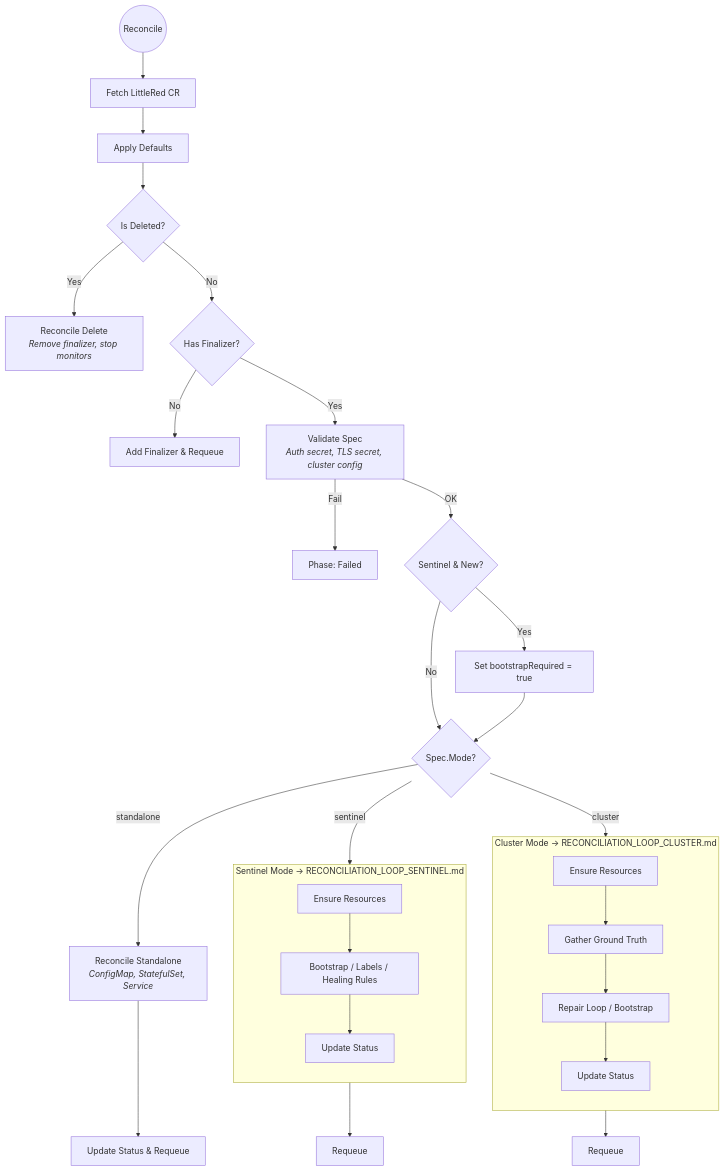
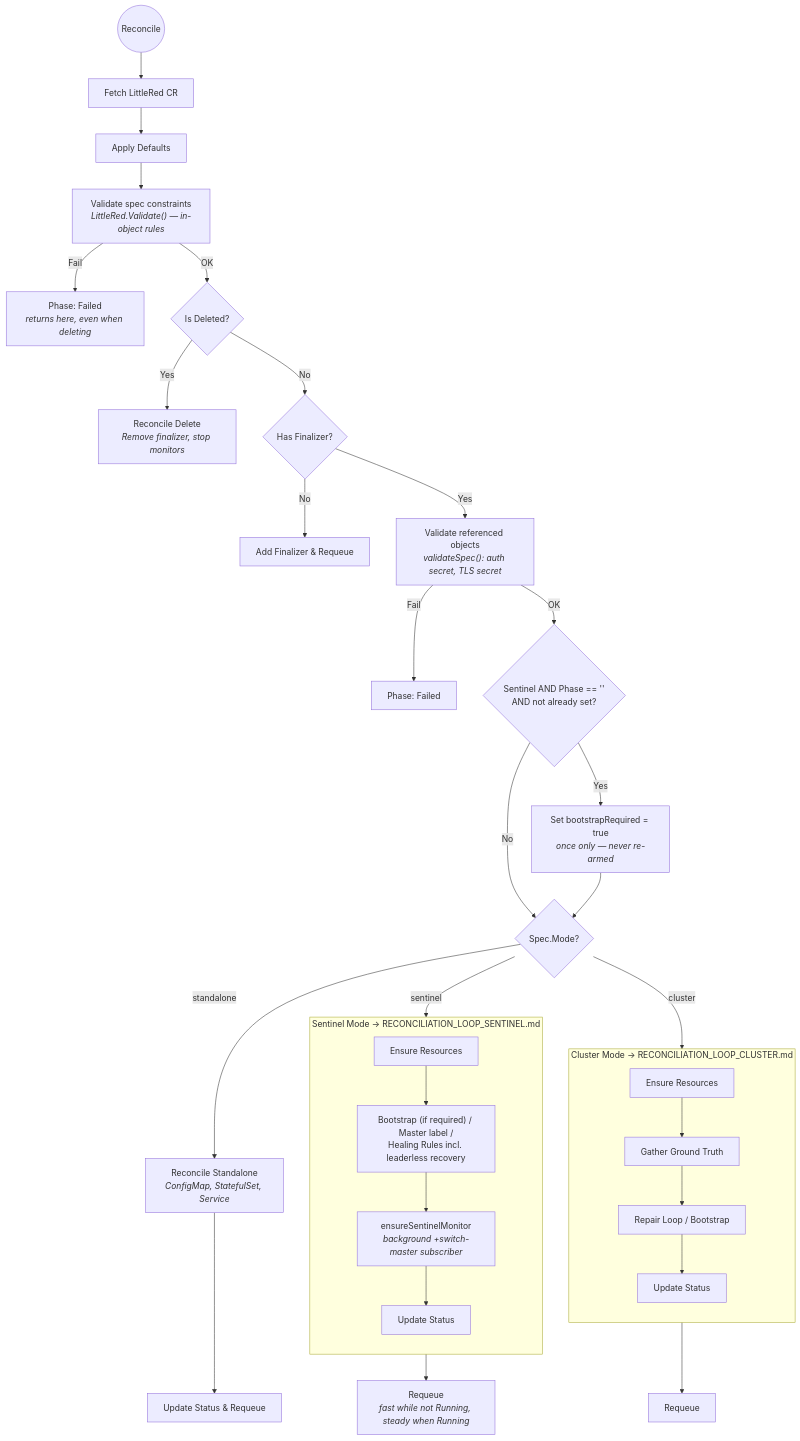
The diagram in docs/RECONCILIATION_LOOP.md (littlered-operator/littlered), drawn with Mermaid before and after one commit. The commit also changed other lines of this file, not shown here.

First paragraph of the commit message:
docs: correct the high-level loop's validation ordering and sentinel path
Verified against the code from the sentinel side. Three corrections.

````diff
--- a/docs/RECONCILIATION_LOOP.md
+++ b/docs/RECONCILIATION_LOOP.md
@@ -8,48 +23,52 @@
 ```mermaid
 graph TD
     Start((Reconcile)) --> FetchCR[Fetch LittleRed CR]
     FetchCR --> ApplyDefaults[Apply Defaults]
-    ApplyDefaults --> IsDeleted{Is Deleted?}
+    ApplyDefaults --> ValidateEarly["Validate spec constraints<br/><i>LittleRed.Validate() — in-object rules</i>"]
+
+    ValidateEarly -- Fail --> SetFailedEarly["Phase: Failed<br/><i>returns here, even when deleting</i>"]
+    ValidateEarly -- OK --> IsDeleted{Is Deleted?}
 
     IsDeleted -- Yes --> Cleanup["Reconcile Delete<br/><i>Remove finalizer, stop monitors</i>"]
     IsDeleted -- No --> HasFinalizer{Has Finalizer?}
 
     HasFinalizer -- No --> AddFinalizer[Add Finalizer & Requeue]
-    HasFinalizer -- Yes --> Validate[Validate Spec<br/><i>Auth secret, TLS secret, cluster config</i>]
+    HasFinalizer -- Yes --> Validate["Validate referenced objects<br/><i>validateSpec(): auth secret, TLS secret</i>"]
 
     Validate -- Fail --> SetFailed[Phase: Failed]
-    Validate -- OK --> InitBootstrap{Sentinel & New?}
+    Validate -- OK --> InitBootstrap{"Sentinel AND Phase == ''<br/>AND not already set?"}
 
-    InitBootstrap -- Yes --> SetBootstrap[Set bootstrapRequired = true]
+    InitBootstrap -- Yes --> SetBootstrap["Set bootstrapRequired = true<br/><i>once only — never re-armed</i>"]
     InitBootstrap -- No --> ModeSwitch
     SetBootstrap --> ModeSwitch{Spec.Mode?}
 
     %% Standalone
     ModeSwitch -- standalone --> StandaloneFlow["Reconcile Standalone<br/><i>ConfigMap, StatefulSet, Service</i>"]
     StandaloneFlow --> StandaloneStatus["Update Status & Requeue"]
 
     %% Sentinel
     ModeSwitch -- sentinel --> SentinelBox
 
     subgraph SentinelBox ["Sentinel Mode  → RECONCILIATION_LOOP_SENTINEL.md"]
         direction TB
         SentinelRes["Ensure Resources"]
-        SentinelRes --> SentinelBoot["Bootstrap / Labels / Healing Rules"]
-        SentinelBoot --> SentinelStatus["Update Status"]
+        SentinelRes --> SentinelBoot["Bootstrap (if required) / Master label /<br/>Healing Rules incl. leaderless recovery"]
+        SentinelBoot --> SentinelMon["ensureSentinelMonitor<br/><i>background +switch-master subscriber</i>"]
+        SentinelMon --> SentinelStatus["Update Status"]
     end
 
-    SentinelBox --> SentinelRequeue["Requeue"]
+    SentinelBox --> SentinelRequeue["Requeue<br/><i>fast while not Running, steady when Running</i>"]
 
     %% Cluster
     ModeSwitch -- cluster --> ClusterBox
 
     subgraph ClusterBox ["Cluster Mode  → RECONCILIATION_LOOP_CLUSTER.md"]
         direction TB
         ClusterRes["Ensure Resources"]
         ClusterRes --> ClusterGT["Gather Ground Truth"]
         ClusterGT --> ClusterRepair["Repair Loop / Bootstrap"]
         ClusterRepair --> ClusterStatus["Update Status"]
     end
 
     ClusterBox --> ClusterRequeue["Requeue"]
 ```
````
